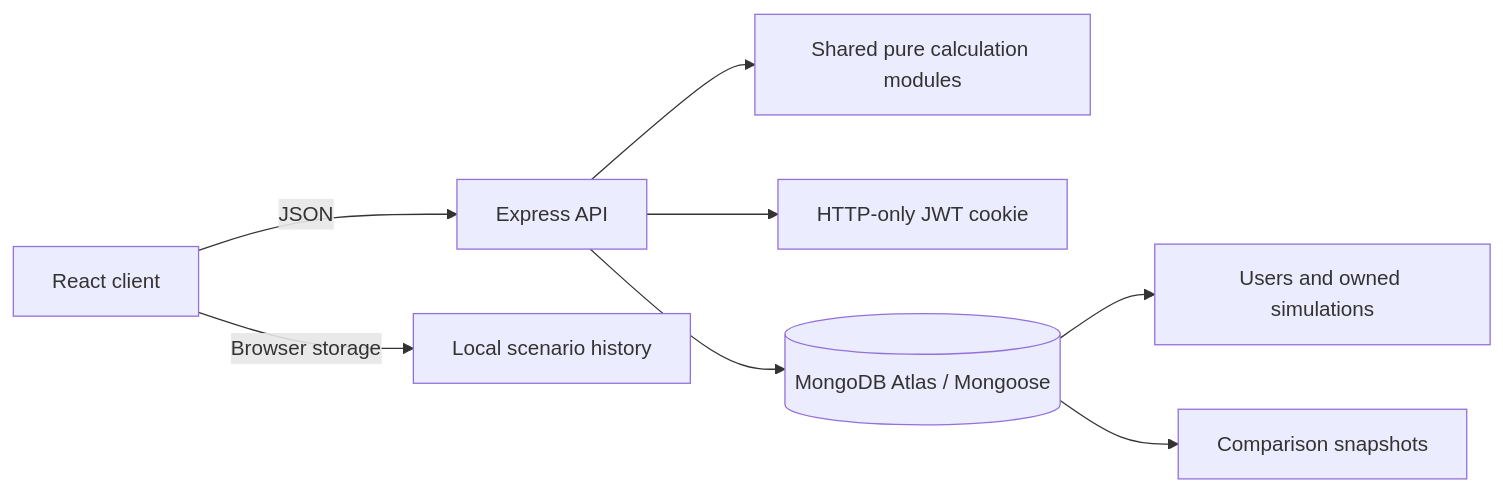
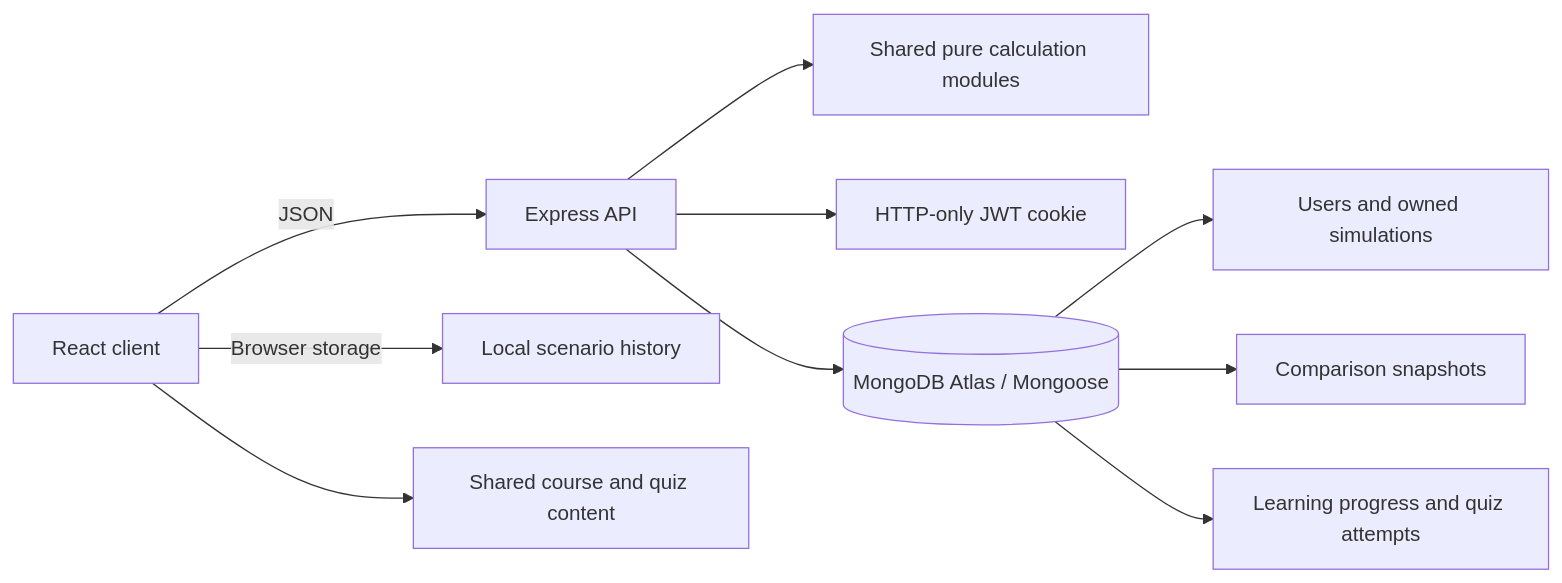
Before and after one commit to Dev-Pavleen/Fincoach: the diagram in README.md, drawn with Mermaid. The commit also changed other lines of this file and 9 other files, not shown here.

Commit message:
Add persisted learning progress and complete course coverage

````diff
--- a/README.md
+++ b/README.md
@@ -37,10 +37,12 @@
 ```mermaid
 flowchart LR
   UI[React client] -->|JSON| API[Express API]
   UI -->|Browser storage| LOCAL[Local scenario history]
   API --> CALC[Shared pure calculation modules]
+  UI --> EDU[Shared course and quiz content]
   API --> AUTH[HTTP-only JWT cookie]
   API --> DB[(MongoDB Atlas / Mongoose)]
   DB --> USER[Users and owned simulations]
   DB --> SNAP[Comparison snapshots]
+  DB --> LEARN[Learning progress and quiz attempts]
 ```
````
